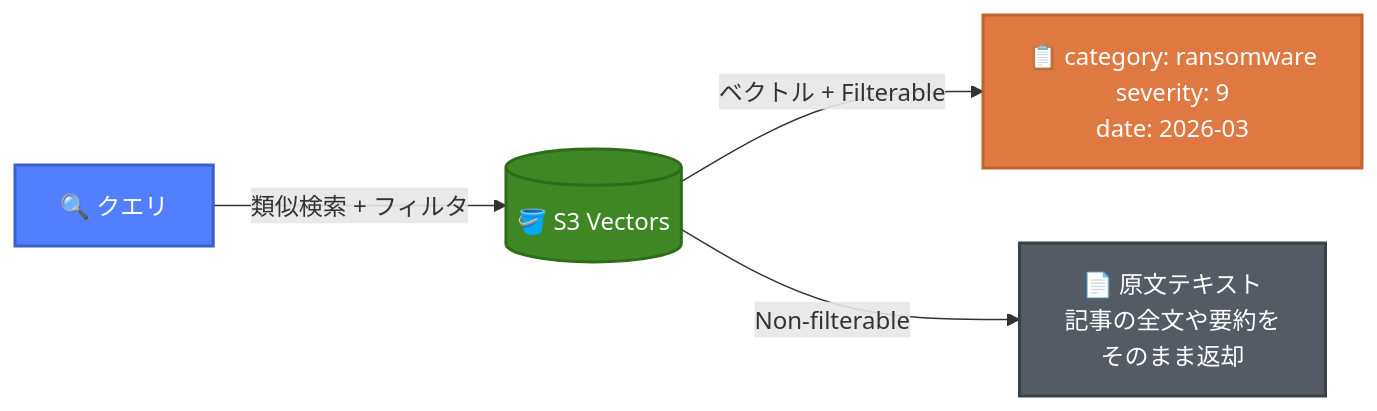
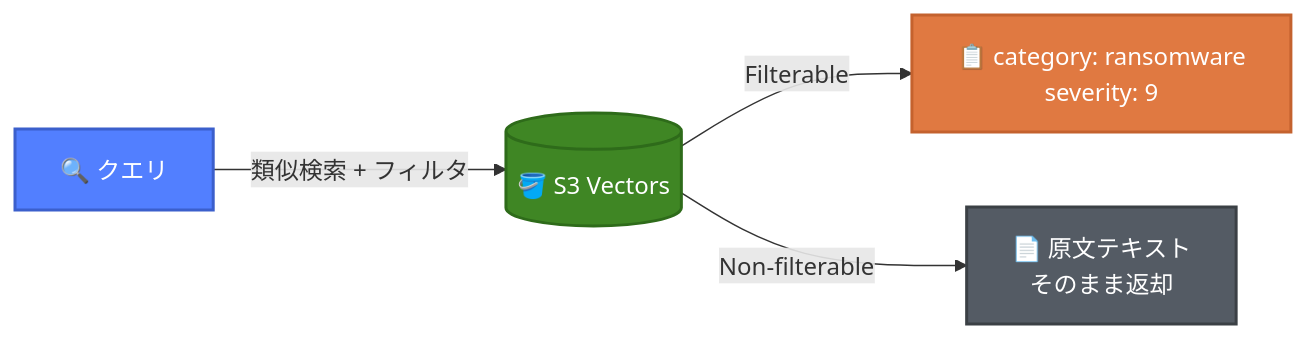
The second of 5 diagrams in slides/s3_vectors/slides.md (raihalea/slide), drawn with Mermaid before and after one commit. The commit also changed other lines of this file and 11 other files, not shown here.

````diff
--- a/slides/s3_vectors/slides.md
+++ b/slides/s3_vectors/slides.md
@@ -129,11 +123,11 @@
 ```mermaid {scale: 0.85}
 graph LR
     Q[🔍 クエリ]:::user -->|類似検索 + フィルタ| S3V[(🪣 S3 Vectors)]:::s3
-    S3V -->|ベクトル + Filterable| F[📋 category: ransomware<br/>severity: 9<br/>date: 2026-03]:::filter
-    S3V -->|Non-filterable| NF[📄 原文テキスト<br/>記事の全文や要約を<br/>そのまま返却]:::nonfil
+    S3V -->|Filterable| F[📋 category: ransomware<br/>severity: 9]:::filter
+    S3V -->|Non-filterable| NF[📄 原文テキスト<br/>そのまま返却]:::nonfil
 
     classDef user fill:#527FFF,stroke:#3B5FCC,color:#fff,stroke-width:2px
     classDef s3 fill:#3F8624,stroke:#2E6B1A,color:#fff,stroke-width:2px
     classDef filter fill:#E07941,stroke:#C4622E,color:#fff,stroke-width:2px
     classDef nonfil fill:#545B64,stroke:#3B4045,color:#fff,stroke-width:2px
 ```
````
